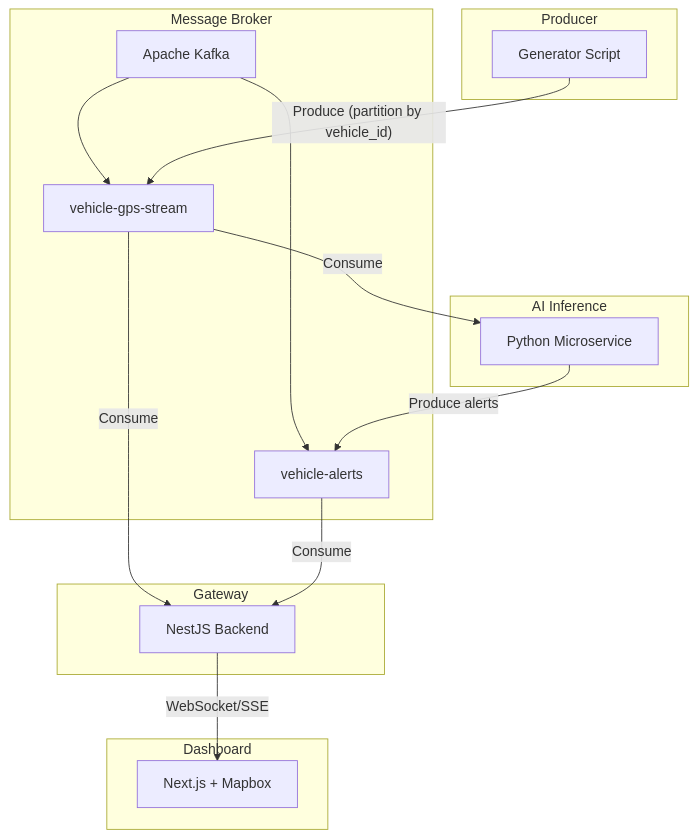
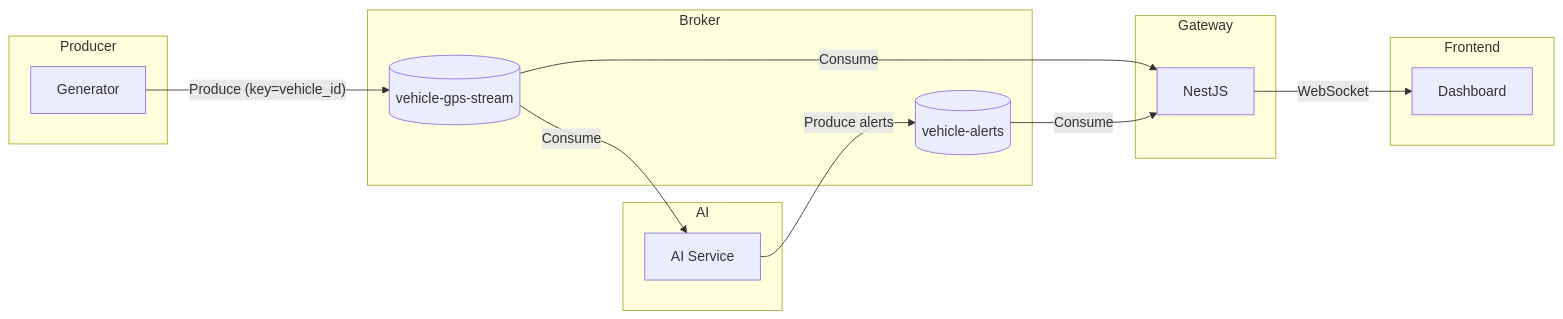
The first of 5 diagrams in geospatial-realtime-anomaly-detection/README.md (nutjatuwit0808/nutjatuwit_case_studies), drawn with Mermaid before and after one commit. The commit also changed other lines of this file and 24 other files, not shown here.

````diff
--- a/geospatial-realtime-anomaly-detection/README.md
+++ b/geospatial-realtime-anomaly-detection/README.md
@@ -15,31 +140,26 @@
 ```mermaid
-flowchart TB
-    subgraph producer [Producer]
-        Gen[Generator Script]
+flowchart LR
+    subgraph Producer
+        Gen[Generator]
     end
-    
-    subgraph broker [Message Broker]
-        K[Apache Kafka]
-        K --> T1[vehicle-gps-stream]
-        K --> T2[vehicle-alerts]
+    subgraph Broker
+        K1[(vehicle-gps-stream)]
+        K2[(vehicle-alerts)]
     end
-    
-    subgraph ai [AI Inference]
-        Py[Python Microservice]
+    subgraph AI
+        Py[AI Service]
     end
-    
-    subgraph gateway [Gateway]
-        Nest[NestJS Backend]
+    subgraph Gateway
+        Nest[NestJS]
     end
-    
-    subgraph frontend [Dashboard]
-        Next[Next.js + Mapbox]
+    subgraph Frontend
+        Next[Dashboard]
     end
-    
-    Gen -->|"Produce (partition by vehicle_id)"| T1
-    T1 -->|"Consume"| Py
-    Py -->|"Produce alerts"| T2
-    T1 -->|"Consume"| Nest
-    T2 -->|"Consume"| Nest
-    Nest -->|"WebSocket/SSE"| Next
+
+    Gen -->|"Produce (key=vehicle_id)"| K1
+    K1 -->|"Consume"| Py
+    Py -->|"Produce alerts"| K2
+    K1 -->|"Consume"| Nest
+    K2 -->|"Consume"| Nest
+    Nest -->|"WebSocket"| Next
 ```
````
